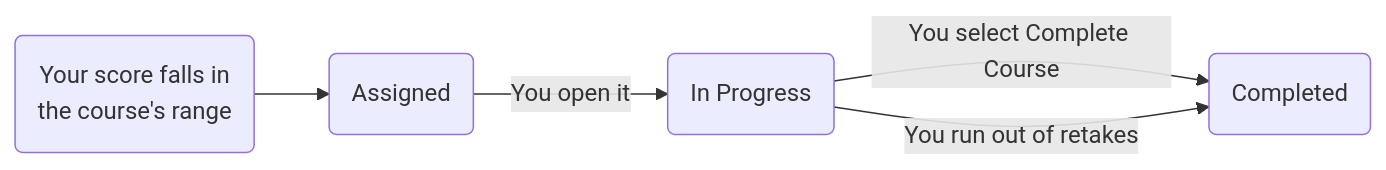
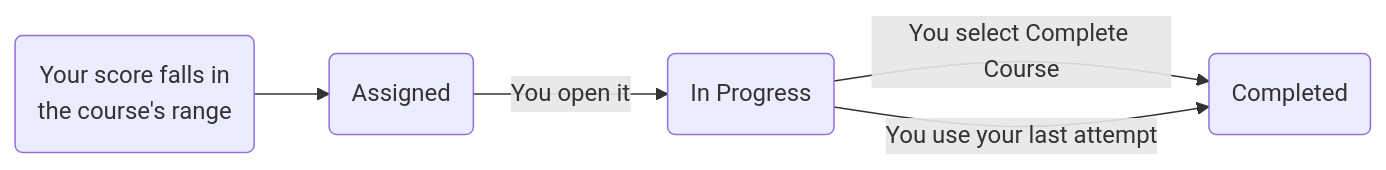
One commit to Botlhale-AI/docs-coaching-portal changed the diagram in docs/agents/your-courses.md. Above: the diagram before and after it, drawn with Mermaid. The commit also changed other lines of this file and 16 other files, not shown here.

````diff
--- a/docs/agents/your-courses.md
+++ b/docs/agents/your-courses.md
@@ -105,7 +105,7 @@
 ```mermaid
 flowchart LR
     A("Your score falls in<br/>the course's range") --> B("Assigned")
     B -- "You open it" --> C("In Progress")
     C -- "You select Complete Course" --> D("Completed")
-    C -- "You run out of retakes" --> D
+    C -- "You use your last attempt" --> D
 ```
````
